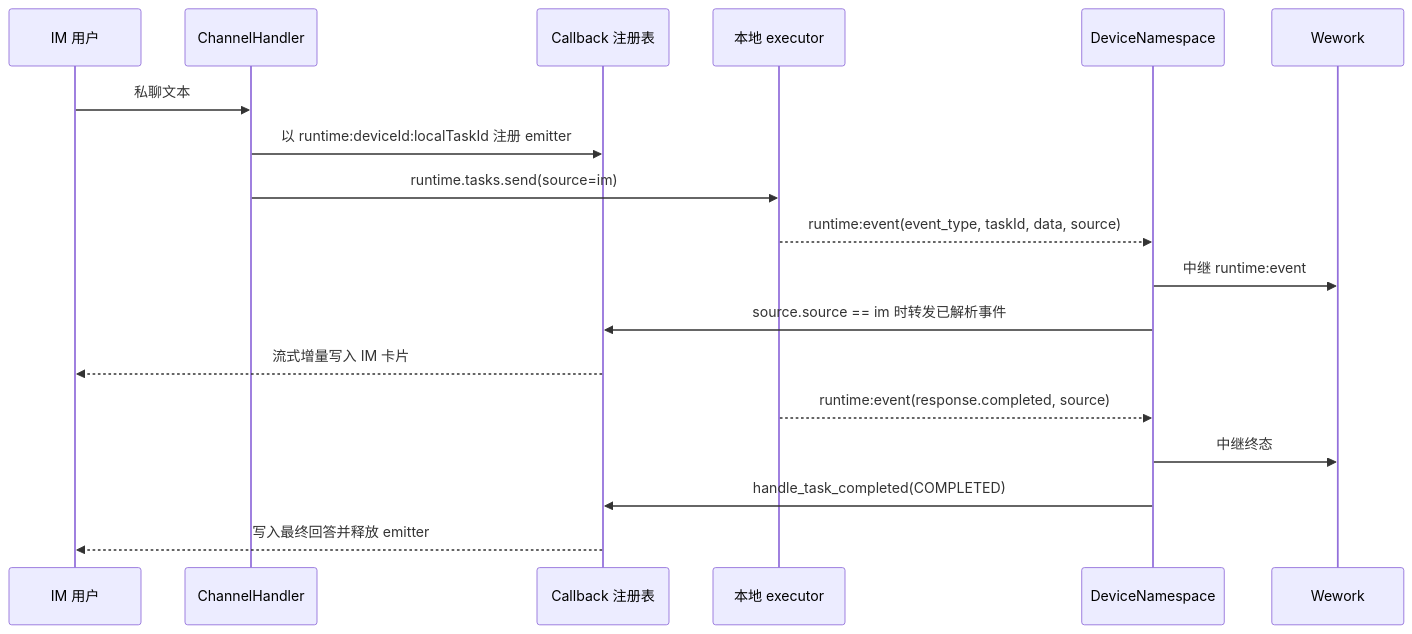
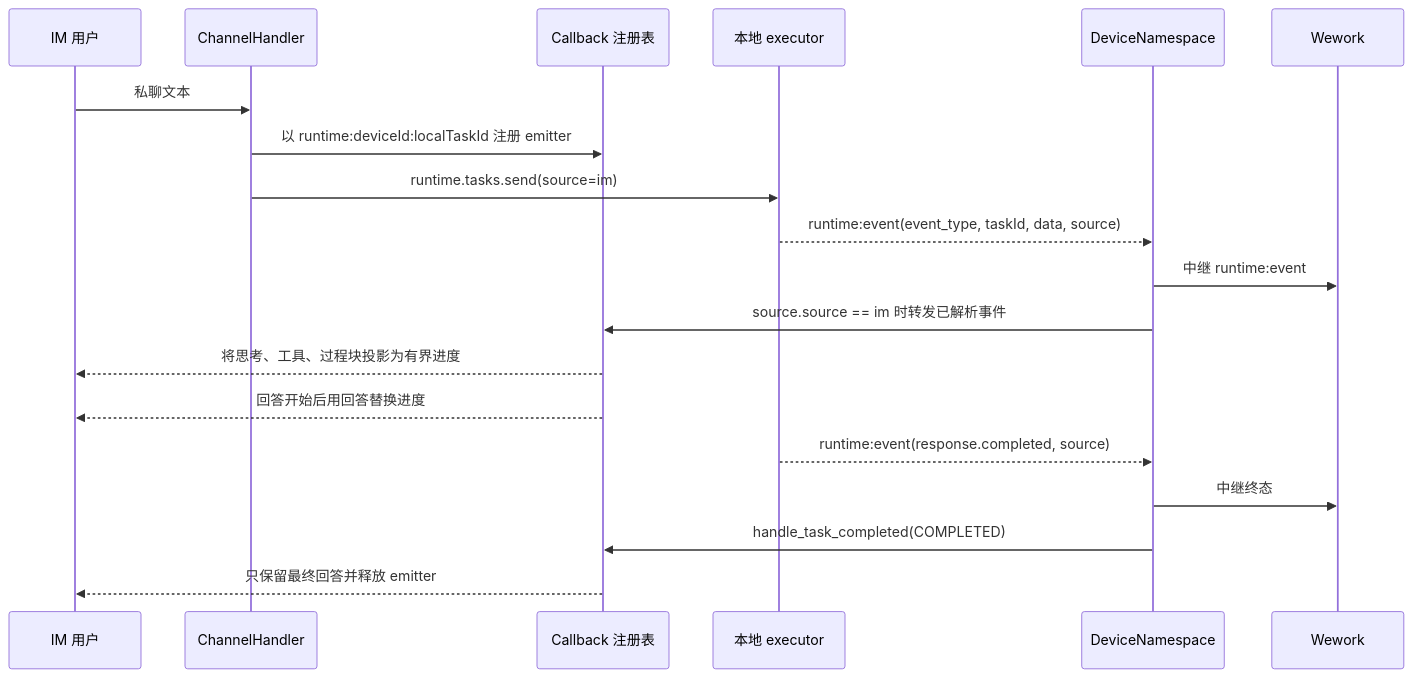
One commit to wecode-ai/wegent-docs changed the second of 2 diagrams in i18n/zh/docusaurus-plugin-content-docs/current/architecture/im-runtime-streaming.md. Above: the diagram before and after it, drawn with Mermaid. The commit also changed other lines of this file and 3 other files, not shown here.

````diff
--- a/i18n/zh/docusaurus-plugin-content-docs/current/architecture/im-runtime-streaming.md
+++ b/i18n/zh/docusaurus-plugin-content-docs/current/architecture/im-runtime-streaming.md
@@ -24,21 +25,22 @@
 ```mermaid
 sequenceDiagram
     participant U as IM 用户
     participant H as ChannelHandler
     participant C as Callback 注册表
     participant E as 本地 executor
     participant D as DeviceNamespace
     participant W as Wework
 
     U->>H: 私聊文本
     H->>C: 以 runtime:deviceId:localTaskId 注册 emitter
     H->>E: runtime.tasks.send(source=im)
     E-->>D: runtime:event(event_type, taskId, data, source)
     D->>W: 中继 runtime:event
     D->>C: source.source == im 时转发已解析事件
-    C-->>U: 流式增量写入 IM 卡片
+    C-->>U: 将思考、工具、过程块投影为有界进度
+    C-->>U: 回答开始后用回答替换进度
     E-->>D: runtime:event(response.completed, source)
     D->>W: 中继终态
     D->>C: handle_task_completed(COMPLETED)
-    C-->>U: 写入最终回答并释放 emitter
+    C-->>U: 只保留最终回答并释放 emitter
 ```
````
